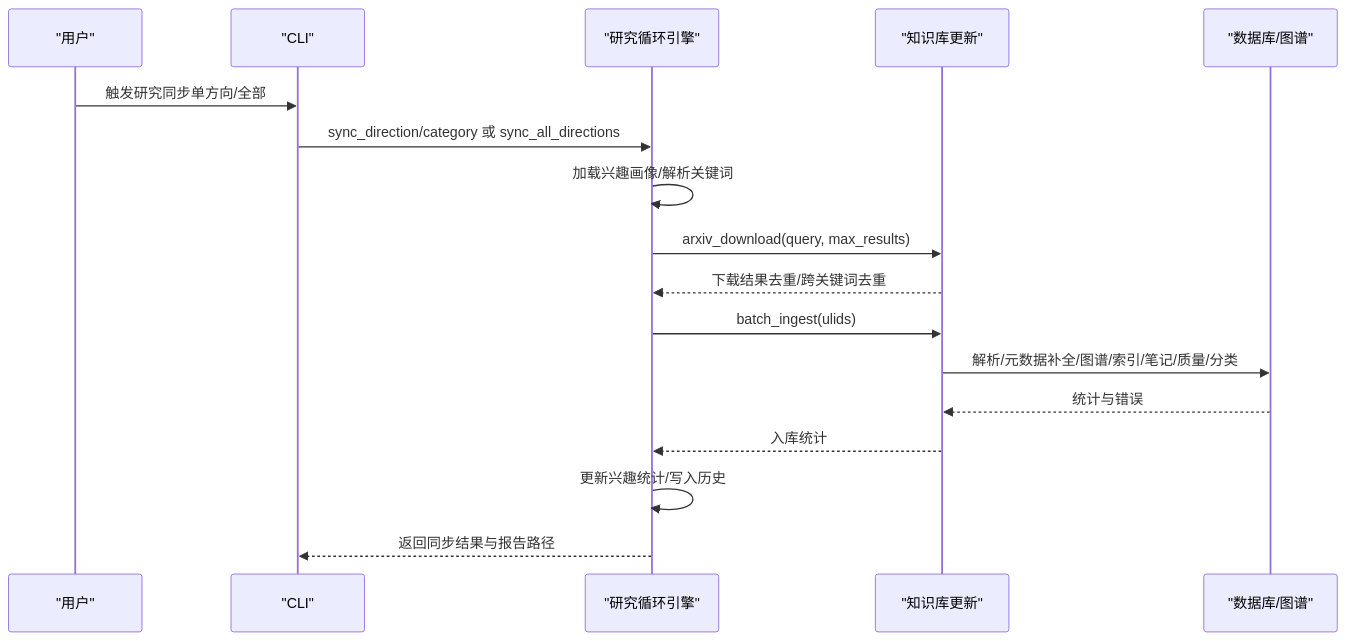
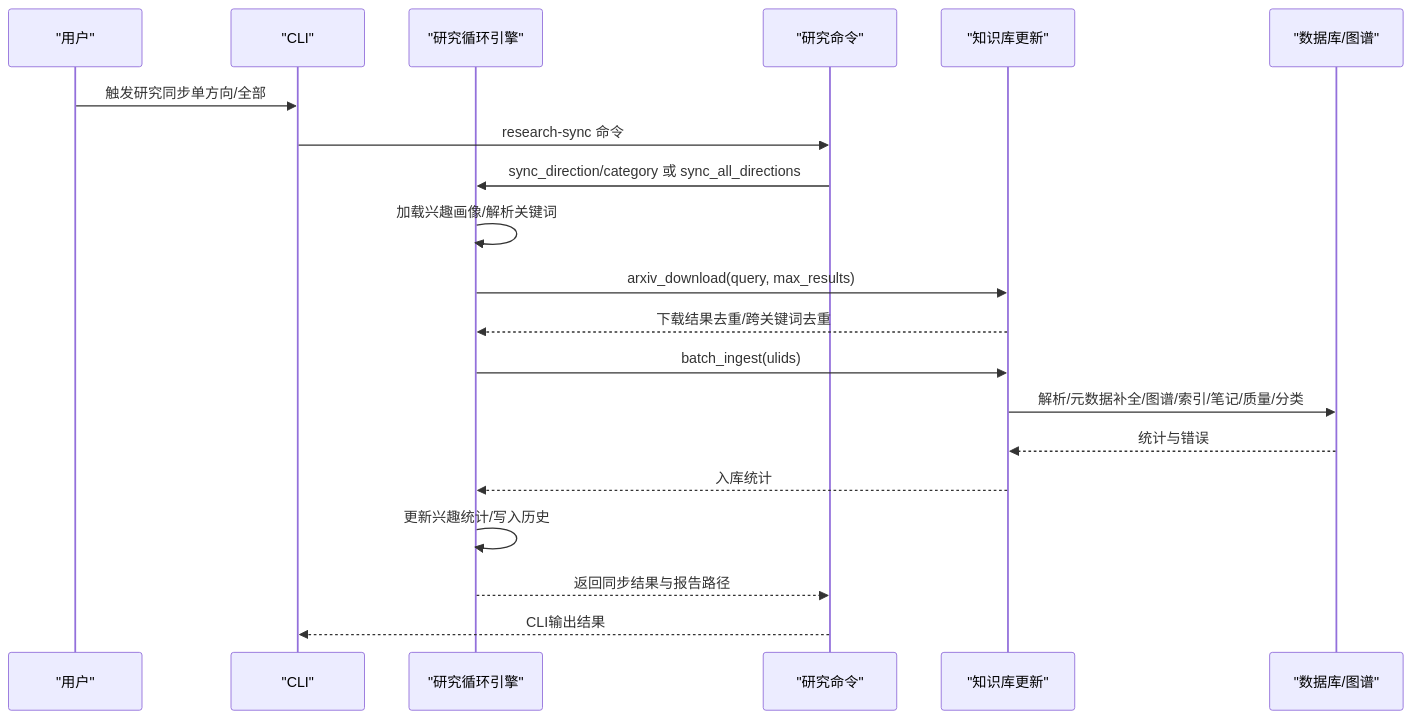
Before and after one commit to 1173591564/academic-based-qoder: the second of 9 diagrams in .qoder/repowiki/zh/content/Python后端系统/研究循环引擎.md, drawn with Mermaid. The commit also changed other lines of this file and 68 other files, not shown here.

````diff
--- a/.qoder/repowiki/zh/content/Python后端系统/研究循环引擎.md
+++ b/.qoder/repowiki/zh/content/Python后端系统/研究循环引擎.md
@@ -127,19 +137,22 @@
 ```mermaid
 sequenceDiagram
 participant User as "用户"
 participant CLI as "CLI"
 participant RL as "研究循环引擎"
+participant ROPS as "研究命令"
 participant KBU as "知识库更新"
 participant DB as "数据库/图谱"
 User->>CLI : 触发研究同步单方向/全部
-CLI->>RL : sync_direction/category 或 sync_all_directions
+CLI->>ROPS : research-sync 命令
+ROPS->>RL : sync_direction/category 或 sync_all_directions
 RL->>RL : 加载兴趣画像/解析关键词
 RL->>KBU : arxiv_download(query, max_results)
 KBU-->>RL : 下载结果去重/跨关键词去重
 RL->>KBU : batch_ingest(ulids)
 KBU->>DB : 解析/元数据补全/图谱/索引/笔记/质量/分类
 DB-->>KBU : 统计与错误
 KBU-->>RL : 入库统计
 RL->>RL : 更新兴趣统计/写入历史
-RL-->>CLI : 返回同步结果与报告路径
+RL-->>ROPS : 返回同步结果与报告路径
+ROPS-->>CLI : CLI输出结果
 ```
````
